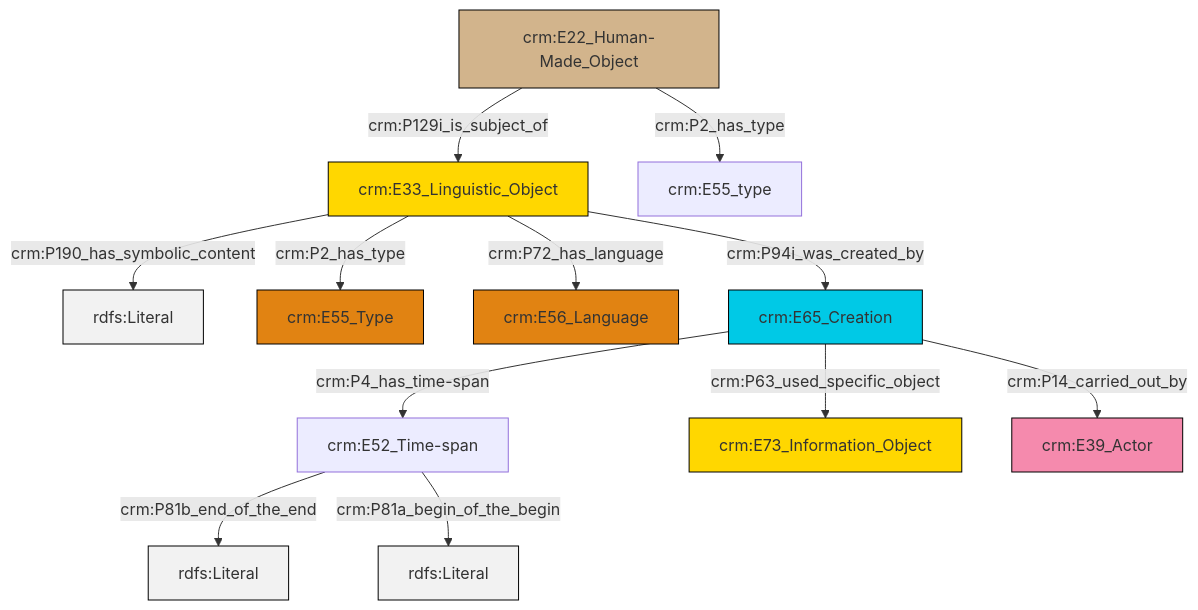
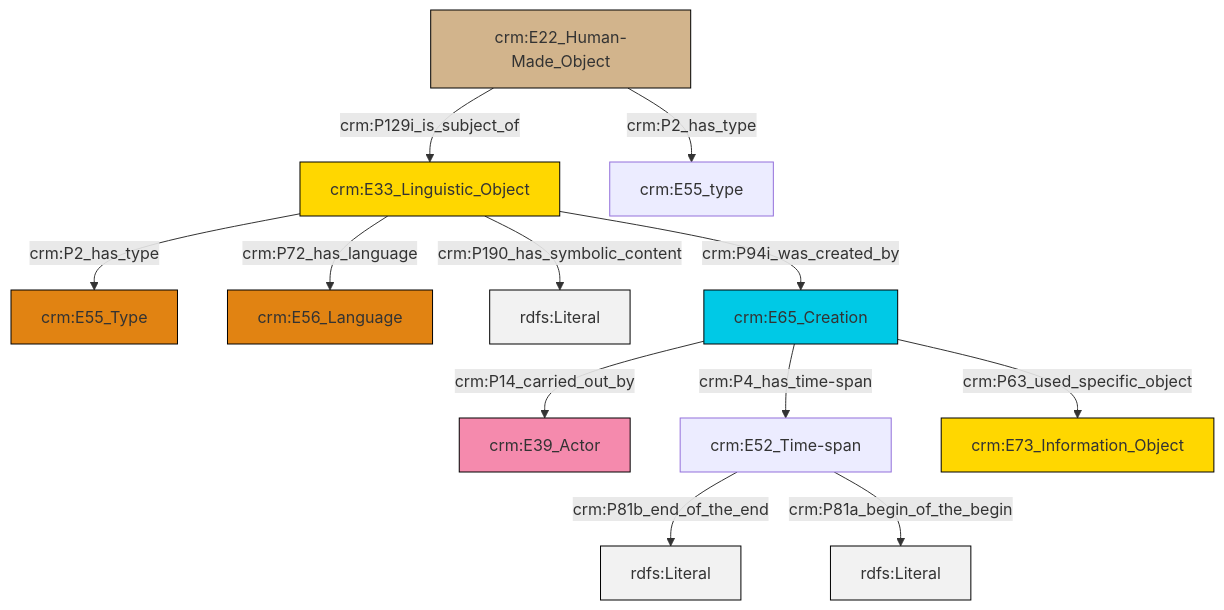
The diagram in et/builtWorkCSV/ttl/mmd/Built_Work_description.ttl.mmd (swiss-art-research-net/docs.swissartresearch), drawn with Mermaid before and after one commit. The commit also changed 180 other files, not shown here.

```diff
--- a/et/builtWorkCSV/ttl/mmd/Built_Work_description.ttl.mmd
+++ b/et/builtWorkCSV/ttl/mmd/Built_Work_description.ttl.mmd
@@ -1,26 +1,26 @@
 graph TD
 classDef Literal fill:#f2f2f2,stroke:#000000;
 classDef CRM_Entity fill:#FFFFFF,stroke:#000000;
 classDef Temporal_Entity fill:#00C9E6, stroke:#000000;
 classDef Type fill:#E18312, stroke:#000000;
 classDef Time-Span fill:#2C9C91, stroke:#000000;
 classDef Appellation fill:#FFEB7F, stroke:#000000;
 classDef Place fill:#008836, stroke:#000000;
 classDef Persistent_Item fill:#B266B2, stroke:#000000;
 classDef Conceptual_Object fill:#FFD700, stroke:#000000;
 classDef Physical_Thing fill:#D2B48C, stroke:#000000;
 classDef Actor fill:#f58aad, stroke:#000000;
 classDef PC_Classes fill:#4ce600, stroke:#000000;
 classDef Multi fill:#cccccc,stroke:#000000;
 
-0["crm:E52_Time-span"]:::Default -->|crm:P81b_end_of_the_end| 1[rdfs:Literal]:::Literal
-2["crm:E33_Linguistic_Object"]:::Conceptual_Object -->|crm:P190_has_symbolic_content| 3[rdfs:Literal]:::Literal
-9["crm:E22_Human-Made_Object"]:::Physical_Thing -->|crm:P129i_is_subject_of| 2["crm:E33_Linguistic_Object"]:::Conceptual_Object
-10["crm:E65_Creation"]:::Temporal_Entity -->|crm:P4_has_time-span| 0["crm:E52_Time-span"]:::Default
-2["crm:E33_Linguistic_Object"]:::Conceptual_Object -->|crm:P72_has_language| 6["crm:E56_Language"]:::Type
-2["crm:E33_Linguistic_Object"]:::Conceptual_Object -->|crm:P2_has_type| 4["crm:E55_Type"]:::Type
-2["crm:E33_Linguistic_Object"]:::Conceptual_Object -->|crm:P94i_was_created_by| 10["crm:E65_Creation"]:::Temporal_Entity
-10["crm:E65_Creation"]:::Temporal_Entity -->|crm:P14_carried_out_by| 14["crm:E39_Actor"]:::Actor
-0["crm:E52_Time-span"]:::Default -->|crm:P81a_begin_of_the_begin| 15[rdfs:Literal]:::Literal
-10["crm:E65_Creation"]:::Temporal_Entity -->|crm:P63_used_specific_object| 12["crm:E73_Information_Object"]:::Conceptual_Object
-9["crm:E22_Human-Made_Object"]:::Physical_Thing -->|crm:P2_has_type| 16["crm:E55_type"]:::Default
+0["crm:E33_Linguistic_Object"]:::Conceptual_Object -->|crm:P2_has_type| 1["crm:E55_Type"]:::Type
+7["crm:E22_Human-Made_Object"]:::Physical_Thing -->|crm:P129i_is_subject_of| 0["crm:E33_Linguistic_Object"]:::Conceptual_Object
+8["crm:E52_Time-span"]:::Default -->|crm:P81b_end_of_the_end| 9[rdfs:Literal]:::Literal
+8["crm:E52_Time-span"]:::Default -->|crm:P81a_begin_of_the_begin| 11[rdfs:Literal]:::Literal
+0["crm:E33_Linguistic_Object"]:::Conceptual_Object -->|crm:P190_has_symbolic_content| 12[rdfs:Literal]:::Literal
+13["crm:E65_Creation"]:::Temporal_Entity -->|crm:P63_used_specific_object| 14["crm:E73_Information_Object"]:::Conceptual_Object
+13["crm:E65_Creation"]:::Temporal_Entity -->|crm:P14_carried_out_by| 2["crm:E39_Actor"]:::Actor
+7["crm:E22_Human-Made_Object"]:::Physical_Thing -->|crm:P2_has_type| 15["crm:E55_type"]:::Default
+0["crm:E33_Linguistic_Object"]:::Conceptual_Object -->|crm:P94i_was_created_by| 13["crm:E65_Creation"]:::Temporal_Entity
+13["crm:E65_Creation"]:::Temporal_Entity -->|crm:P4_has_time-span| 8["crm:E52_Time-span"]:::Default
+0["crm:E33_Linguistic_Object"]:::Conceptual_Object -->|crm:P72_has_language| 5["crm:E56_Language"]:::Type
```
